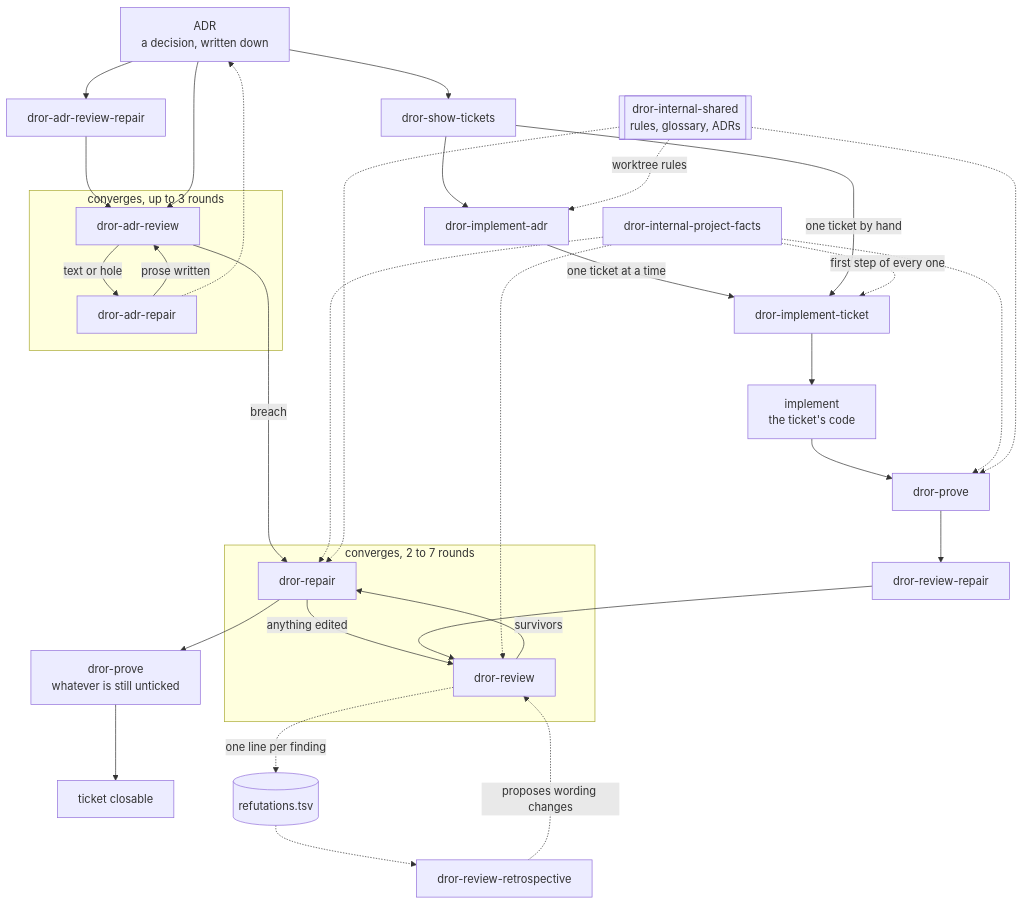
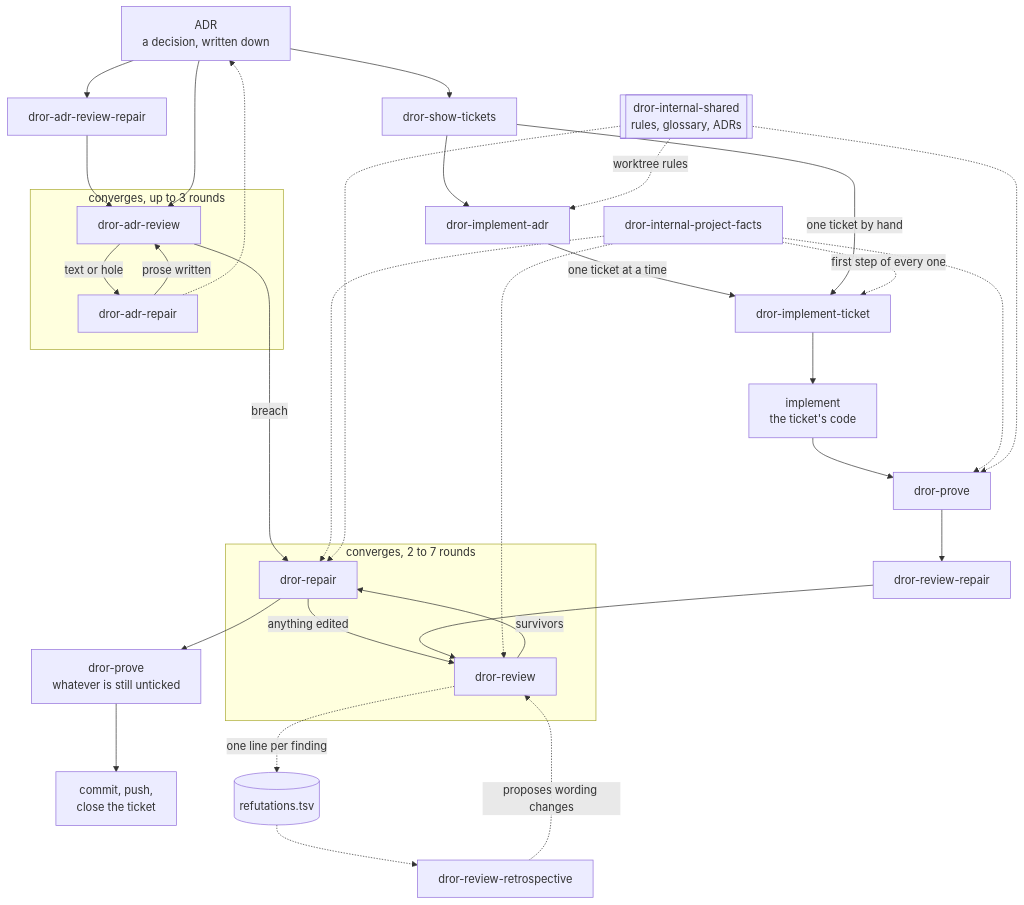
The diagram in STRUCTURE.md (drormeir/dror-skills), drawn with Mermaid before and after one commit. The commit also changed other lines of this file and 7 other files, not shown here.

````diff
--- a/STRUCTURE.md
+++ b/STRUCTURE.md
@@ -64,49 +64,49 @@
 ```mermaid
 flowchart TD
     ADR["ADR<br/>a decision, written down"]
 
     ADR --> ARR[dror-adr-review-repair]
     ARR --> AR
 
     subgraph adrloop ["converges, up to 3 rounds"]
         AR[dror-adr-review] -->|text or hole| ARP[dror-adr-repair]
         ARP -->|prose written| AR
     end
 
     ADR --> AR
     AR -->|breach| RP
     ARP -.-> ADR
 
     ADR --> ST[dror-show-tickets]
     ST --> IA[dror-implement-adr]
     IA -->|one ticket at a time| IT[dror-implement-ticket]
     ST -->|one ticket by hand| IT
 
     IT --> IMPL["implement<br/>the ticket's code"]
     IMPL --> PV[dror-prove]
     PV --> RR[dror-review-repair]
 
     subgraph loop ["converges, 2 to 7 rounds"]
         RV[dror-review] -->|survivors| RP[dror-repair]
         RP -->|anything edited| RV
     end
 
     RR --> RV
     RP --> PV2["dror-prove<br/>whatever is still unticked"]
-    PV2 --> CLOSE["ticket closable"]
+    PV2 --> CM["commit, push,<br/>close the ticket"]
 
     RV -.->|one line per finding| LOG[("refutations.tsv")]
     LOG -.-> RETRO[dror-review-retrospective]
     RETRO -.->|proposes wording changes| RV
 
     PF[dror-internal-project-facts]
     PF -.->|first step of every one| IT
     PF -.-> PV
     PF -.-> RV
     PF -.-> RP
 
     SH[["dror-internal-shared<br/>rules, glossary, ADRs"]]
     SH -.-> PV
     SH -.-> RP
     SH -.->|worktree rules| IA
 ```
````
